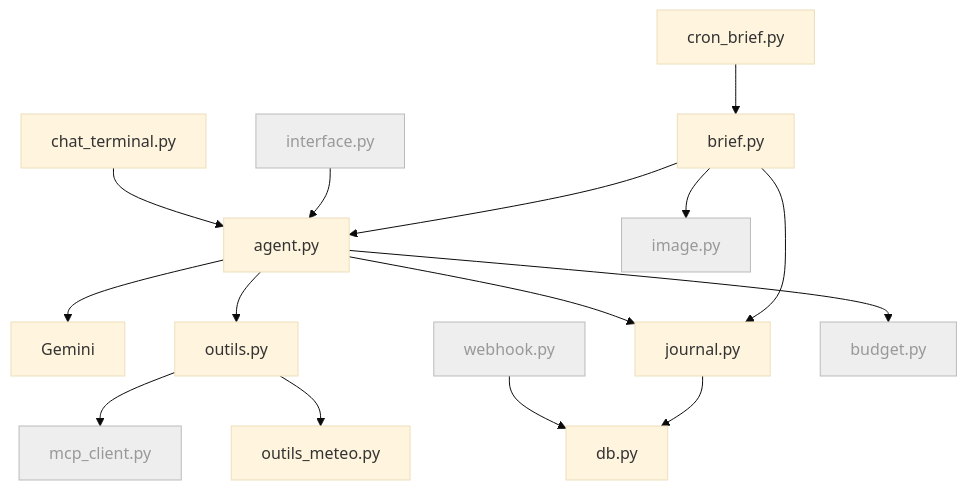
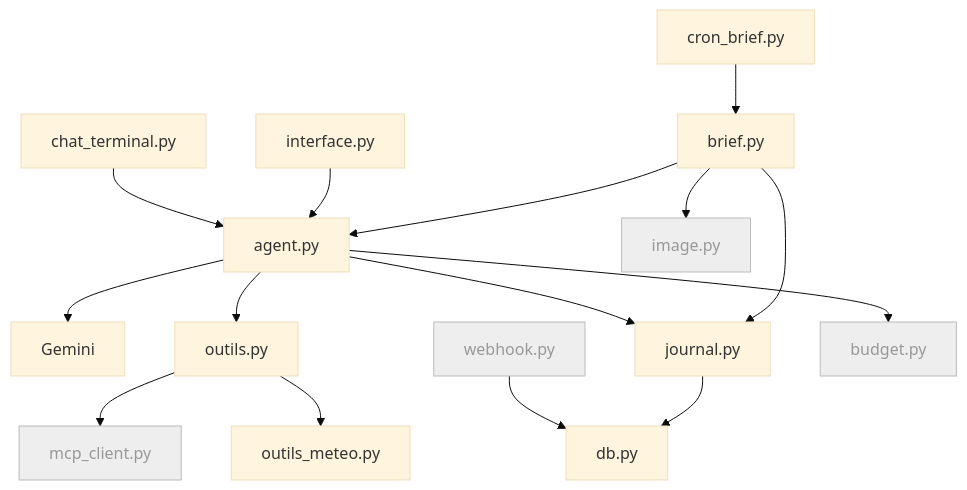
Diagram 23 of 38 in tuto-goodvibe-vibecoding.md (lecinquiemejour-code/goodvibe-tuto), drawn with Mermaid (base theme) before and after one commit. The commit also changed other lines of this file, not shown here.

Commit message:
Tuto : la page web devient la fiche 2 et grandit avec les features

````diff
--- a/tuto-goodvibe-vibecoding.md
+++ b/tuto-goodvibe-vibecoding.md
@@ -711,12 +757,12 @@
 ```mermaid
 flowchart TD
     CHAT["chat_terminal.py"] --> AG["agent.py"] --> GEM["Gemini"]
-    WEB["interface.py"]:::todo --> AG
+    WEB["interface.py"] --> AG
     CRON["cron_brief.py"] --> BR["brief.py"] --> AG
     WH["webhook.py"]:::todo --> DB["db.py"]
     AG --> OUT["outils.py"] --> MCP["mcp_client.py"]:::todo & MET["outils_meteo.py"]
     BR --> IMG["image.py"]:::todo
     AG & BR --> JR["journal.py"] --> DB
     AG --> BUD["budget.py"]:::todo
     classDef todo fill:#eee,stroke:#bbb,color:#999
 ```
````
